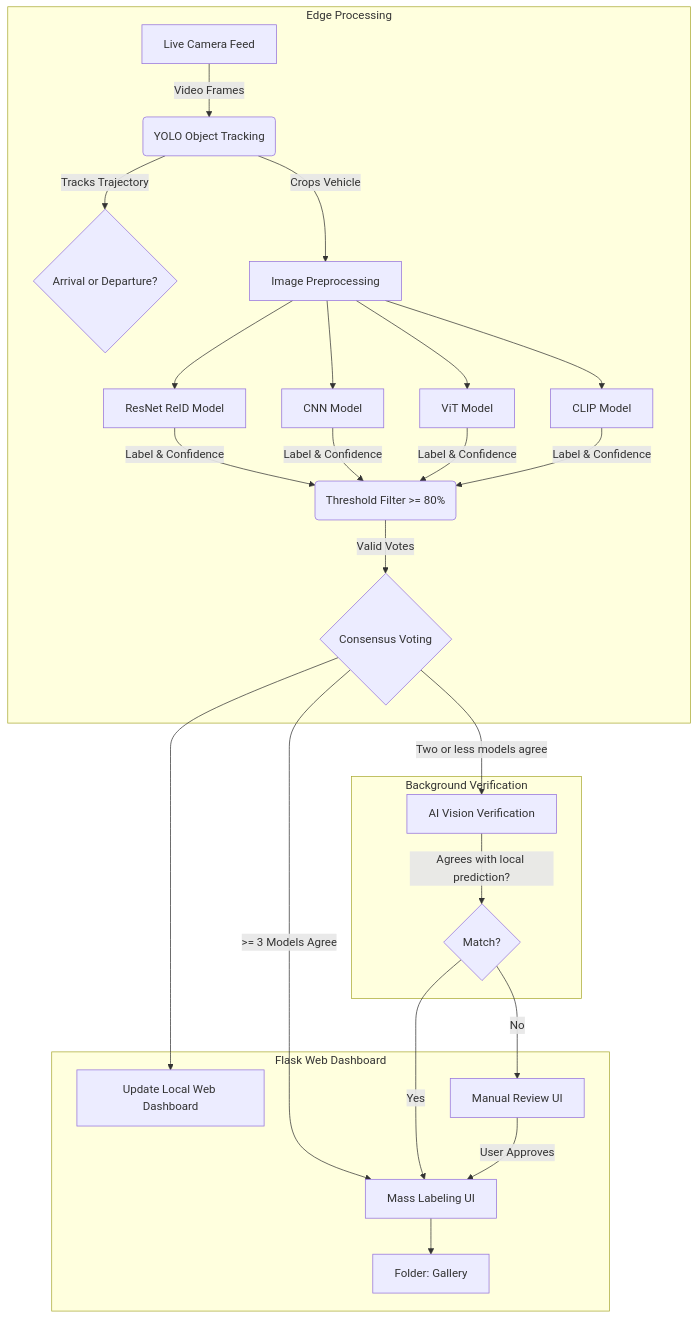
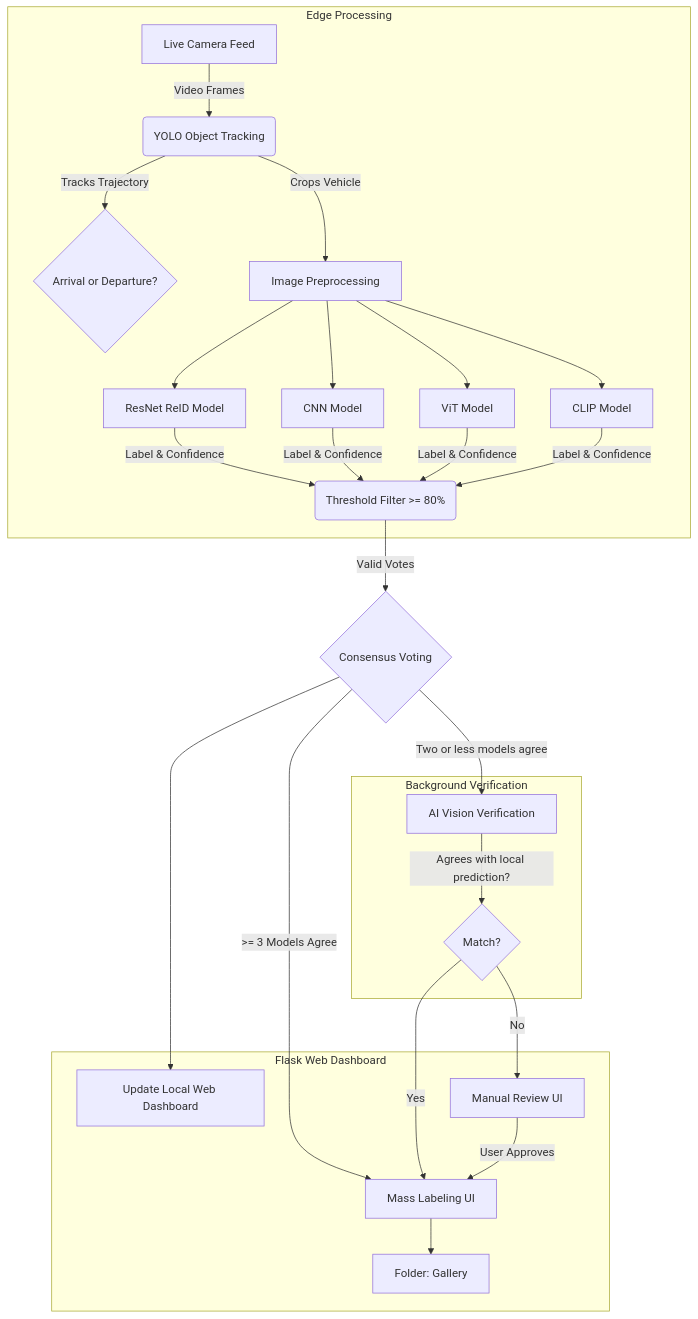
Before and after one commit to Nuisey/CaReID: the diagram in README.md, drawn with Mermaid.

Commit message:
Fix Dagre rendering bug by extracting Consensus Voting node from subgraph

````diff
--- a/README.md
+++ b/README.md
@@ -23,40 +23,41 @@
 ```mermaid
 flowchart TD
 
     subgraph Edge Processing
         A[Live Camera Feed] -->|Video Frames| B(YOLO Object Tracking)
         B -->|Tracks Trajectory| C{Arrival or Departure?}
         B -->|Crops Vehicle| D[Image Preprocessing]
   
         D --> E[ResNet ReID Model]
         D --> F[CNN Model]
         D --> G[ViT Model]
         D --> H[CLIP Model]
   
         E & F & G & H -->|Label & Confidence| I(Threshold Filter >= 80%)
-        I -->|Valid Votes| J{Consensus Voting}
     end
+
+    I -->|Valid Votes| J{Consensus Voting}
 
     subgraph Background Verification
         P[AI Vision Verification]
         Q{Match?}
     end
   
     subgraph Flask Web Dashboard
         O[Update Local Web Dashboard]
         R[Manual Review UI]
         S[Mass Labeling UI]
         T[Folder: Gallery]
     end
 
     J -- ">= 3 Models Agree" --> S
     J -- "Two or less models agree" --> P
     
     P -->|Agrees with local prediction?| Q
     Q -- Yes --> S
     
     J --> O
     Q -- No --> R
     R -- User Approves --> S
     S --> T
 ```
````
